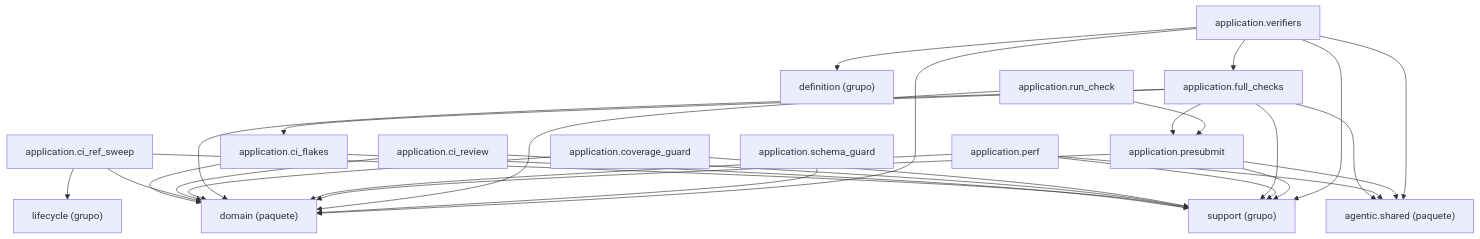
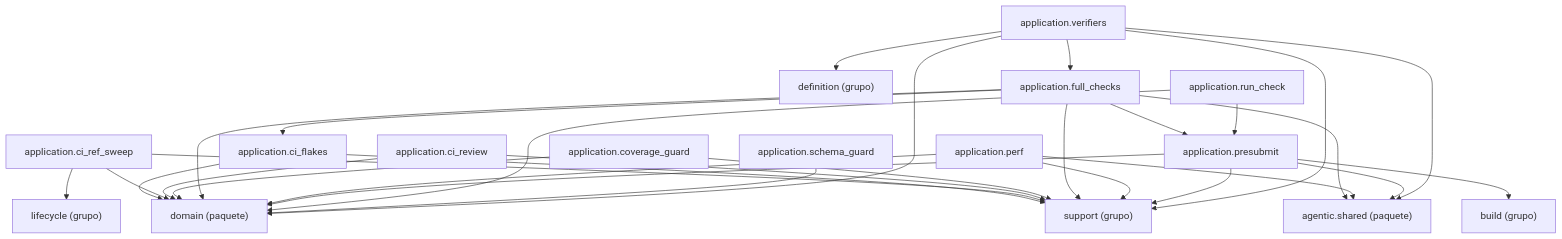
Before and after one commit to GonzaloZevallos/agentic-system: the diagram in docs/architecture/generated/packages-process-application-checks.md, drawn with Mermaid. The commit also changed 6 other files, not shown here.

````diff
--- a/docs/architecture/generated/packages-process-application-checks.md
+++ b/docs/architecture/generated/packages-process-application-checks.md
@@ -16,46 +16,48 @@
 ```mermaid
 graph TD
+    g_application__build["build (grupo)"]
     g_application__definition["definition (grupo)"]
     g_application__lifecycle["lifecycle (grupo)"]
     g_application__support["support (grupo)"]
     g_pkg__agentic__shared["agentic.shared (paquete)"]
     g_pkg__domain["domain (paquete)"]
     m_application__ci_flakes["application.ci_flakes"]
     m_application__ci_ref_sweep["application.ci_ref_sweep"]
     m_application__ci_review["application.ci_review"]
     m_application__coverage_guard["application.coverage_guard"]
     m_application__full_checks["application.full_checks"]
     m_application__perf["application.perf"]
     m_application__presubmit["application.presubmit"]
     m_application__run_check["application.run_check"]
     m_application__schema_guard["application.schema_guard"]
     m_application__verifiers["application.verifiers"]
     m_application__ci_flakes --> g_application__support
     m_application__ci_flakes --> g_pkg__domain
     m_application__ci_ref_sweep --> g_application__lifecycle
     m_application__ci_ref_sweep --> g_application__support
     m_application__ci_ref_sweep --> g_pkg__domain
     m_application__ci_review --> g_application__support
     m_application__ci_review --> g_pkg__domain
     m_application__coverage_guard --> g_application__support
     m_application__coverage_guard --> g_pkg__domain
     m_application__full_checks --> g_application__support
     m_application__full_checks --> g_pkg__agentic__shared
     m_application__full_checks --> g_pkg__domain
     m_application__full_checks --> m_application__ci_flakes
     m_application__full_checks --> m_application__presubmit
     m_application__perf --> g_application__support
     m_application__perf --> g_pkg__agentic__shared
     m_application__perf --> g_pkg__domain
+    m_application__presubmit --> g_application__build
     m_application__presubmit --> g_application__support
     m_application__presubmit --> g_pkg__agentic__shared
     m_application__presubmit --> g_pkg__domain
     m_application__run_check --> g_pkg__domain
     m_application__run_check --> m_application__presubmit
     m_application__schema_guard --> g_pkg__domain
     m_application__verifiers --> g_application__definition
     m_application__verifiers --> g_application__support
     m_application__verifiers --> g_pkg__agentic__shared
     m_application__verifiers --> g_pkg__domain
     m_application__verifiers --> m_application__full_checks
 ```
````
